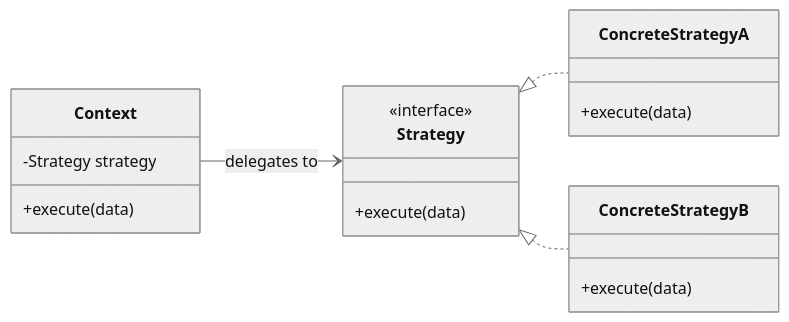
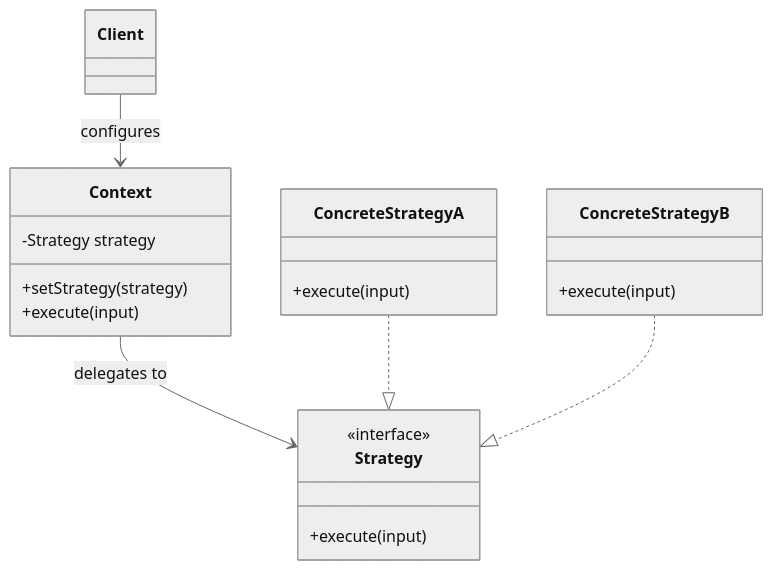
One commit to daniel-kindl/dkkb changed the diagram in src/content/docs/patterns/strategy.md. Above: the diagram before and after it, drawn with Mermaid (neutral theme). The commit also changed other lines of this file, not shown here.

Commit message:
fix(content): preserve Strategy entry while promoting it

````diff
--- a/src/content/docs/patterns/strategy.md
+++ b/src/content/docs/patterns/strategy.md
@@ -39,22 +70,24 @@
 ```mermaid
 classDiagram
-    direction LR
+    class Client
     class Context {
-        -Strategy strategy
-        +execute(data)
+      -Strategy strategy
+      +setStrategy(strategy)
+      +execute(input)
     }
     class Strategy {
-        <<interface>>
-        +execute(data)
+      <<interface>>
+      +execute(input)
     }
     class ConcreteStrategyA {
-        +execute(data)
+      +execute(input)
     }
     class ConcreteStrategyB {
-        +execute(data)
+      +execute(input)
     }
 
+    Client --> Context : configures
     Context --> Strategy : delegates to
-    Strategy <|.. ConcreteStrategyA
-    Strategy <|.. ConcreteStrategyB
+    ConcreteStrategyA ..|> Strategy
+    ConcreteStrategyB ..|> Strategy
 ```
````
